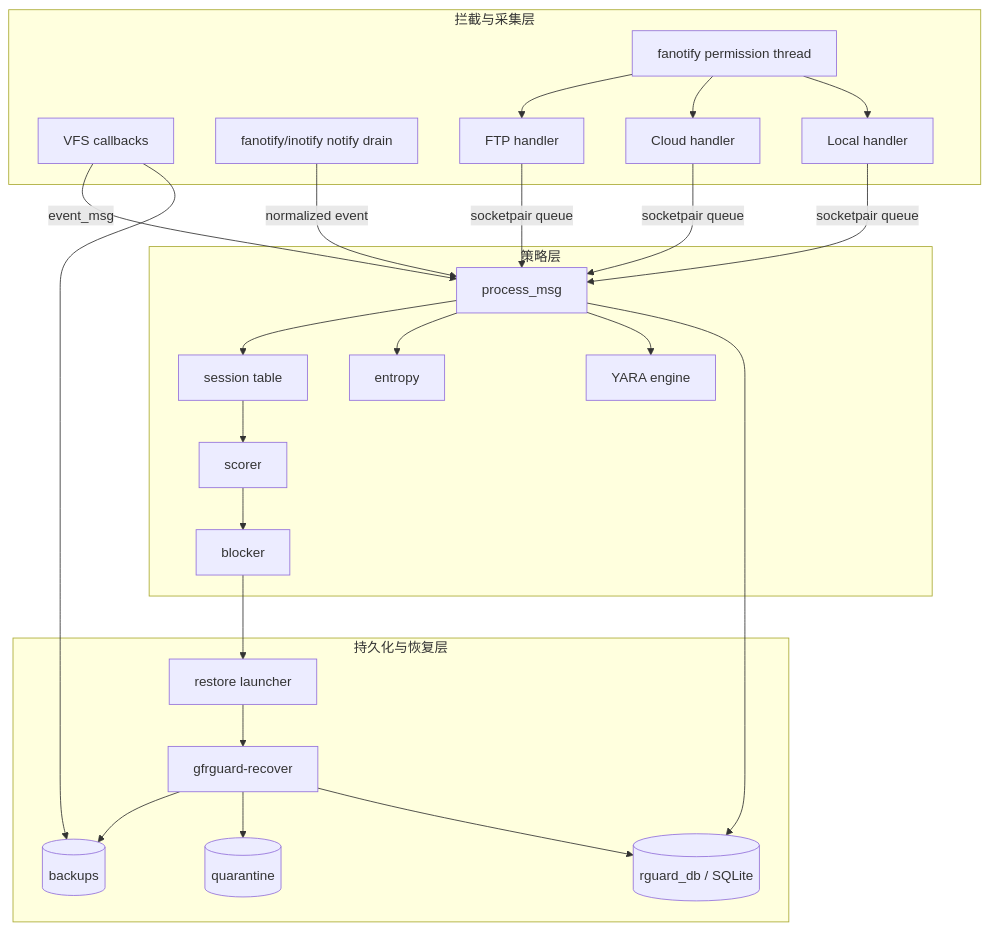
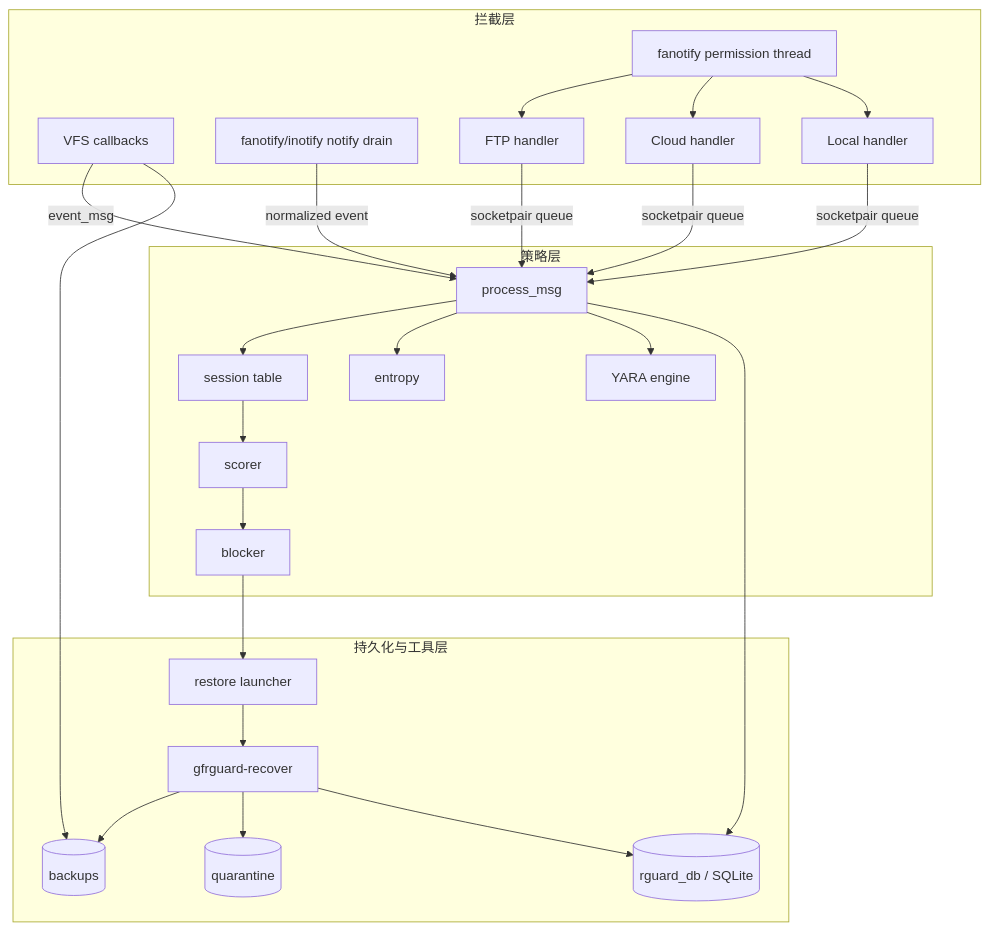
One commit to xd121614/ne_gfrguard changed the second of 8 diagrams in doc/specs/architecture_v2.md. Above: the diagram before and after it, drawn with Mermaid. The commit also changed other lines of this file and 1 other file, not shown here.

````diff
--- a/doc/specs/architecture_v2.md
+++ b/doc/specs/architecture_v2.md
@@ -212,40 +210,40 @@
 ```mermaid
 flowchart TB
-	subgraph Interception[拦截与采集层]
+	subgraph Interception[拦截层]
 		VFS[VFS callbacks]
 		PERM[fanotify permission thread]
 		NOTIFY[fanotify/inotify notify drain]
 		FTPH[FTP handler]
 		CLOUDH[Cloud handler]
 		LOCALH[Local handler]
 	end
 
 	subgraph Policy[策略层]
 		PIPE[process_msg]
 		SESSION[session table]
 		SCORE[scorer]
 		ENT[entropy]
 		YARA[YARA engine]
 		BLOCK[blocker]
 	end
 
-	subgraph Persistence[持久化与恢复层]
+	subgraph Persistence[持久化与工具层]
 		DB[(rguard_db / SQLite)]
 		PRE[(backups)]
 		RESTORE[restore launcher]
 		CLI[gfrguard-recover]
 		QUAR[(quarantine)]
 	end
 
 	VFS -->|event_msg| PIPE
 	PERM --> FTPH & CLOUDH & LOCALH
 	FTPH & CLOUDH & LOCALH -->|socketpair queue| PIPE
 	NOTIFY -->|normalized event| PIPE
 	PIPE --> SESSION --> SCORE
 	PIPE --> ENT & YARA
 	PIPE --> DB
 	SCORE --> BLOCK
 	BLOCK --> RESTORE --> CLI
 	VFS --> PRE
 	CLI --> PRE & QUAR & DB
 ```
````
